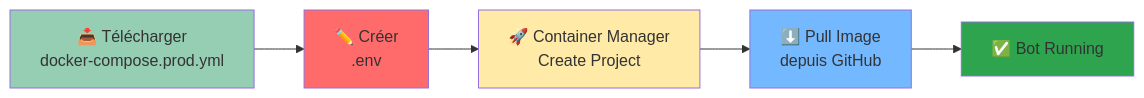
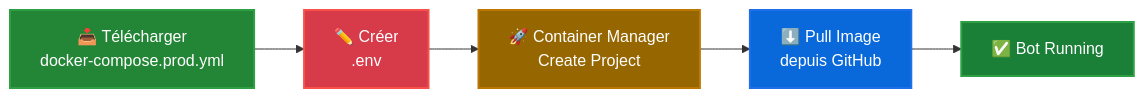
One commit to Kiwi41/discord-plateau-bot changed the second of 3 diagrams in DEPLOYMENT.md. Above: the diagram before and after it, drawn with Mermaid. The commit also changed other lines of this file and 8 other files, not shown here.

Commit message:
docs: Improve Mermaid diagrams visibility for dark theme

````diff
--- a/DEPLOYMENT.md
+++ b/DEPLOYMENT.md
@@ -60,13 +66,13 @@
 ```mermaid
 graph LR
     A[📥 Télécharger<br/>docker-compose.prod.yml] --> B[✏️ Créer<br/>.env]
     B --> C[🚀 Container Manager<br/>Create Project]
     C --> D[⬇️ Pull Image<br/>depuis GitHub]
     D --> E[✅ Bot Running]
     
-    style A fill:#96ceb4
-    style B fill:#ff6b6b
-    style C fill:#ffeaa7
-    style D fill:#74b9ff
-    style E fill:#2ea44f
+    style A fill:#238636,stroke:#2ea043,stroke-width:2px,color:#fff
+    style B fill:#d73a49,stroke:#f85149,stroke-width:2px,color:#fff
+    style C fill:#966600,stroke:#bb7700,stroke-width:2px,color:#fff
+    style D fill:#0969da,stroke:#1f6feb,stroke-width:2px,color:#fff
+    style E fill:#1a7f37,stroke:#2ea043,stroke-width:2px,color:#fff
 ```
````
